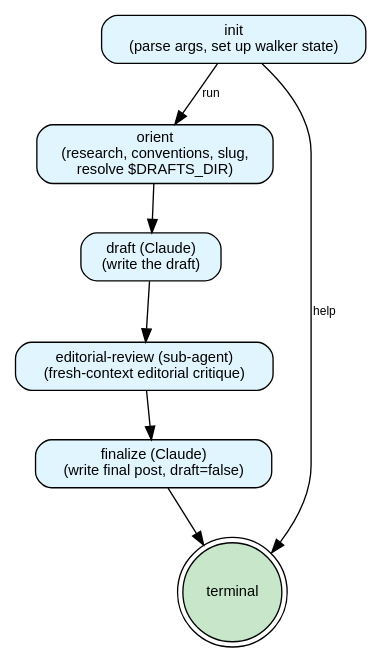
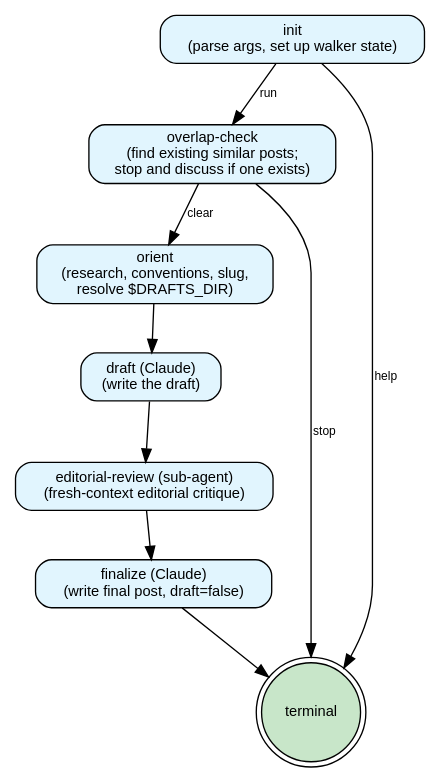
The diagram in skills/create-blog-post/graph.dot (coreydaley/agent-config), drawn with Graphviz before and after one commit. The commit also changed 6 other files, not shown here.

Commit message:
feat(create-blog-post): check for similar posts before drafting

```diff
--- a/skills/create-blog-post/graph.dot
+++ b/skills/create-blog-post/graph.dot
@@ -1,47 +1,53 @@
 // create-blog-post state machine.
 //
 // Source of truth for the create-blog-post skill. The walker (Claude, per
 // SKILL.md) reads each node's prose from nodes/<id>.md, performs the work,
 // evaluates the outgoing edges' conditions, and transitions via
 // scripts/walk.sh.
 //
 // Single-author blog workflow: Claude drafts, a fresh Claude sub-agent gives a
 // professional editorial critique, Claude finalizes. Intermediate artifacts
 // live OUTSIDE the repo under ~/Reports/<org>/<repo>/blog-posts/<slug>/ (the
 // project-wide convention).
 //
 // Render to SVG with scripts/render.sh. Validate with scripts/validate.py.
 
 digraph create_blog_post {
     rankdir=TB;
     bgcolor="white";
     node  [fontname="Helvetica", fontsize=11];
     edge  [fontname="Helvetica", fontsize=9];
 
     // -- Process nodes (rounded boxes, light blue) ----------------------
     init             [shape=box, style="rounded,filled", fillcolor="#e1f5fe",
                       label="init\n(parse args, set up walker state)"];
+    overlap_check    [shape=box, style="rounded,filled", fillcolor="#e1f5fe",
+                      label="overlap-check\n(find existing similar posts;\nstop and discuss if one exists)"];
     orient           [shape=box, style="rounded,filled", fillcolor="#e1f5fe",
                       label="orient\n(research, conventions, slug,\nresolve $DRAFTS_DIR)"];
     draft            [shape=box, style="rounded,filled", fillcolor="#e1f5fe",
                       label="draft (Claude)\n(write the draft)"];
     editorial_review [shape=box, style="rounded,filled", fillcolor="#e1f5fe",
                       label="editorial-review (sub-agent)\n(fresh-context editorial critique)"];
     finalize         [shape=box, style="rounded,filled", fillcolor="#e1f5fe",
                       label="finalize (Claude)\n(write final post, draft=false)"];
 
     // -- Terminal node (green double-circle) ---------------------------
     terminal         [shape=doublecircle, style=filled, fillcolor="#c8e6c9",
                       label="terminal"];
 
     // -- Edges ---------------------------------------------------------
     // Single-outgoing edges (no condition needed).
     orient           -> draft;
     draft            -> editorial_review;
     editorial_review -> finalize;
     finalize         -> terminal;
 
     // init: help mode vs a real run.
-    init -> orient   [label="run"];
-    init -> terminal [label="help"];
+    init -> overlap_check [label="run"];
+    init -> terminal      [label="help"];
+
+    // overlap_check: clear to write, or stop (update the existing post / drop it).
+    overlap_check -> orient   [label="clear"];
+    overlap_check -> terminal [label="stop"];
 }
```
